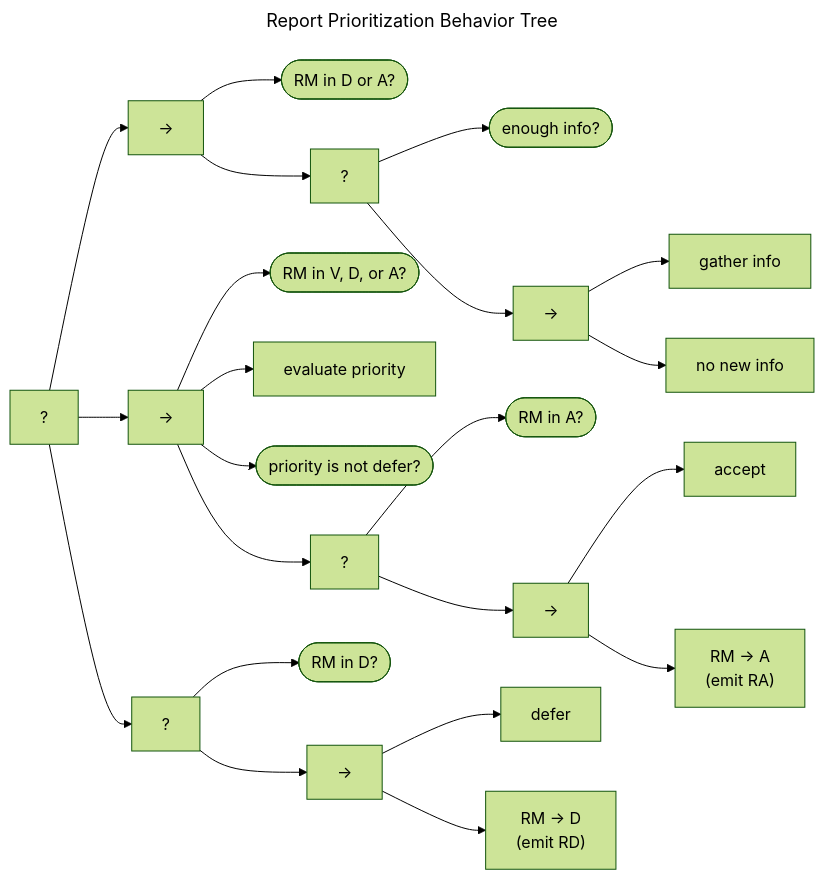
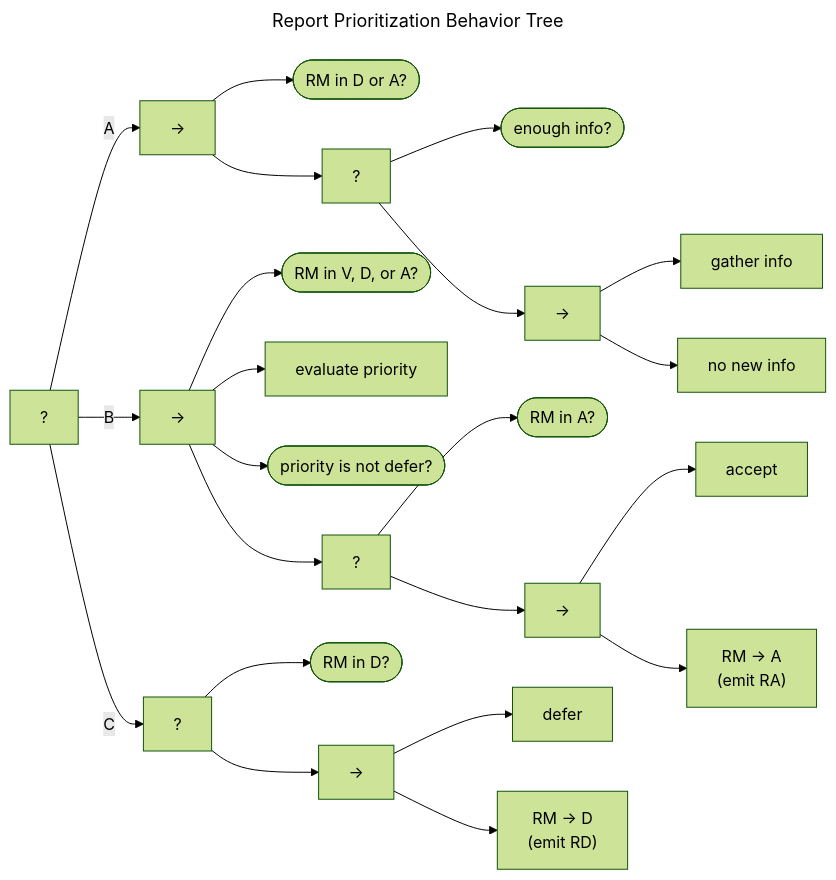
One commit to CERTCC/Vultron changed the diagram in docs/topics/behavior_logic/rm_prioritization_bt.md. Above: the diagram before and after it, drawn with Mermaid (forest theme). The commit also changed other lines of this file and 21 other files, not shown here.

````diff
--- a/docs/topics/behavior_logic/rm_prioritization_bt.md
+++ b/docs/topics/behavior_logic/rm_prioritization_bt.md
@@ -10,49 +11,49 @@
 ```mermaid
 ---
 title: Report Prioritization Behavior Tree
 ---
 flowchart LR
     fb["?"]
     seq1["&rarr;"]
-    fb --> seq1
+    fb -->|A| seq1
     rm_d_or_a(["RM in D or A?"])
     seq1 --> rm_d_or_a
     seq1fb["?"]
     seq1 --> seq1fb
     enough_info(["enough info?"])
     seq1fb --> enough_info
     gather_seq["&rarr;"]
     seq1fb --> gather_seq
     gather_info["gather info"]
     gather_seq --> gather_info
     no_info["no new info"]
     gather_seq --> no_info
     seq2["&rarr;"]
-    fb --> seq2
+    fb -->|B| seq2
     rm_v_d_a(["RM in V, D, or A?"])
     seq2 --> rm_v_d_a
     eval_priority["evaluate priority"]
     seq2 --> eval_priority
     priority_not_defer(["priority is not defer?"])
     seq2 --> priority_not_defer
     accept_fb["?"]
     seq2 --> accept_fb
     rm_a(["RM in A?"])
     accept_fb --> rm_a
     accept_seq["&rarr;"]
     accept_fb --> accept_seq
     accept["accept"]
     accept_seq --> accept
     accept_to_a["RM &rarr; A<br/>(emit RA)"]
     accept_seq --> accept_to_a
     defer_fb["?"]
-    fb --> defer_fb
+    fb -->|C| defer_fb
     rm_d(["RM in D?"])
     defer_fb --> rm_d
     defer_seq["&rarr;"]
     defer_fb --> defer_seq
     defer["defer"]
     defer_seq --> defer
     defer_to_d["RM &rarr; D<br/>(emit RD)"]
     defer_seq --> defer_to_d
 ```
````
